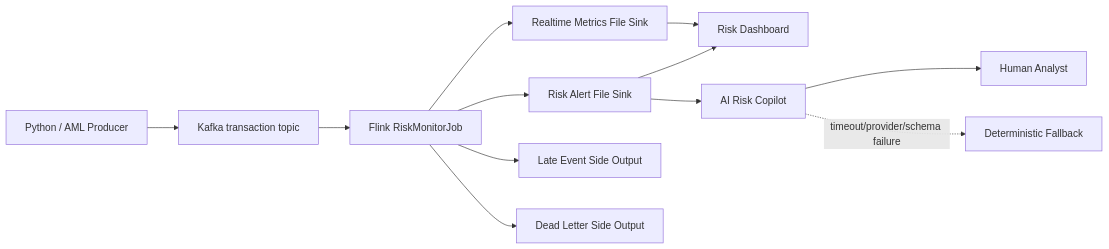
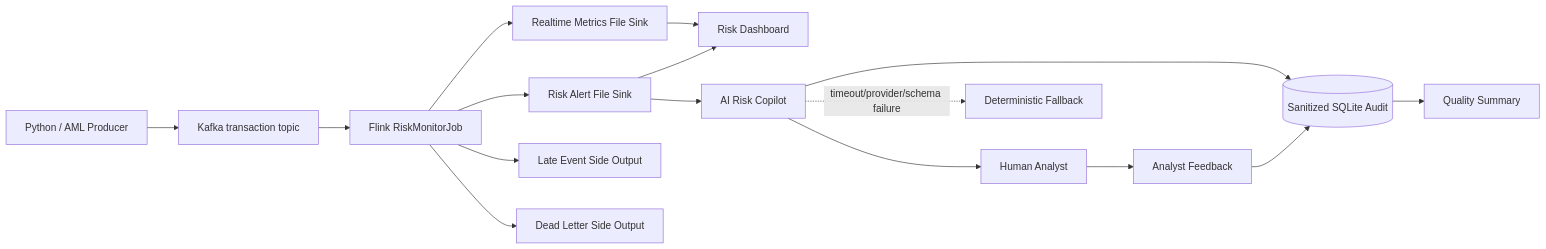
One commit to plutoczm/finguard-realtime-risk-monitor changed the diagram in docs/ARCHITECTURE.md. Above: the diagram before and after it, drawn with Mermaid. The commit also changed other lines of this file and 21 other files, not shown here.

Commit message:
feat: add auditable analyst feedback loop and AI reliability controls

````diff
--- a/docs/ARCHITECTURE.md
+++ b/docs/ARCHITECTURE.md
@@ -13,14 +14,18 @@
 ```mermaid
 flowchart LR
     P[Python / AML Producer] --> K[Kafka transaction topic]
     K --> F[Flink RiskMonitorJob]
     F --> M[Realtime Metrics File Sink]
     F --> A[Risk Alert File Sink]
     F --> L[Late Event Side Output]
     F --> D[Dead Letter Side Output]
     M --> UI[Risk Dashboard]
     A --> UI
     A --> AI[AI Risk Copilot]
     AI --> H[Human Analyst]
+    H --> FBK[Analyst Feedback]
+    AI --> S[(Sanitized SQLite Audit)]
+    FBK --> S
+    S --> Q[Quality Summary]
     AI -. timeout/provider/schema failure .-> FB[Deterministic Fallback]
 ```
````
